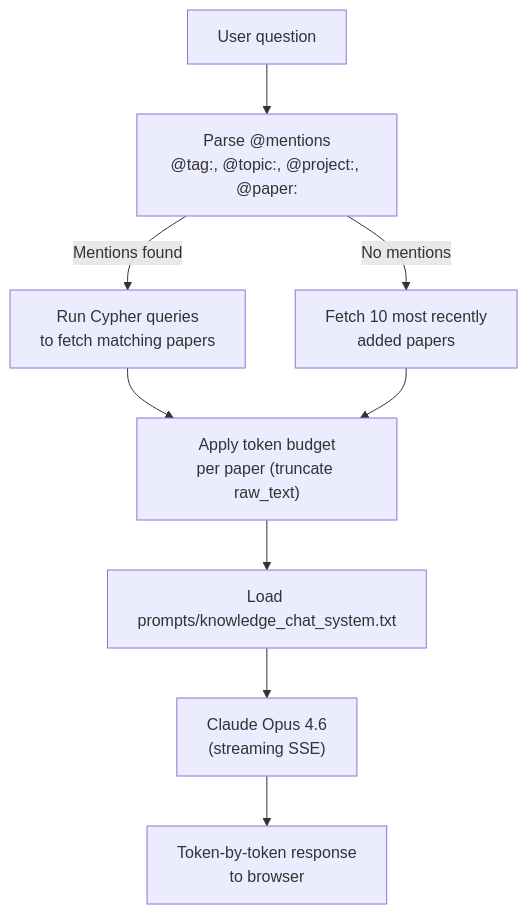
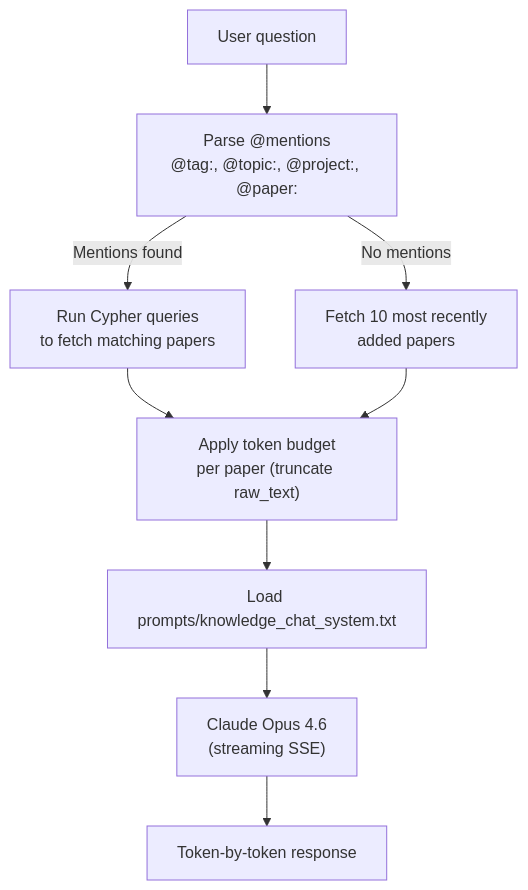
Diagram 12 of 14 in docs/technical/ai-pipelines.md (NiklasAbraham/PaperManager), drawn with Mermaid before and after one commit. The commit also changed other lines of this file and 43 other files, not shown here.

````diff
--- a/docs/technical/ai-pipelines.md
+++ b/docs/technical/ai-pipelines.md
@@ -180,11 +237,11 @@
 ```mermaid
 flowchart TD
     Q["User question"] --> Parse["Parse @mentions\n@tag:, @topic:, @project:, @paper:"]
     Parse -->|"Mentions found"| Cypher["Run Cypher queries\nto fetch matching papers"]
     Parse -->|"No mentions"| Recent["Fetch 10 most recently\nadded papers"]
     Cypher --> Budget["Apply token budget\nper paper (truncate raw_text)"]
     Recent --> Budget
     Budget --> System["Load prompts/knowledge_chat_system.txt"]
     System --> Claude["Claude Opus 4.6\n(streaming SSE)"]
-    Claude --> Browser["Token-by-token response\nto browser"]
+    Claude --> Browser["Token-by-token response"]
 ```
````
